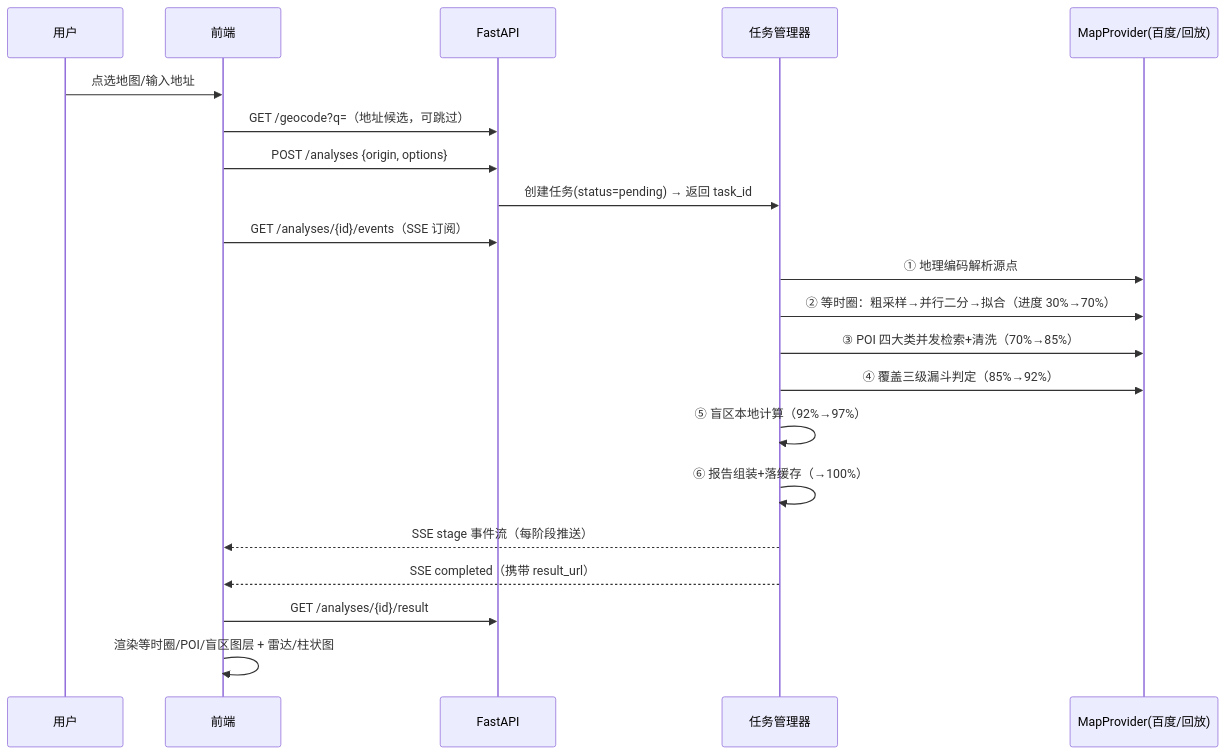
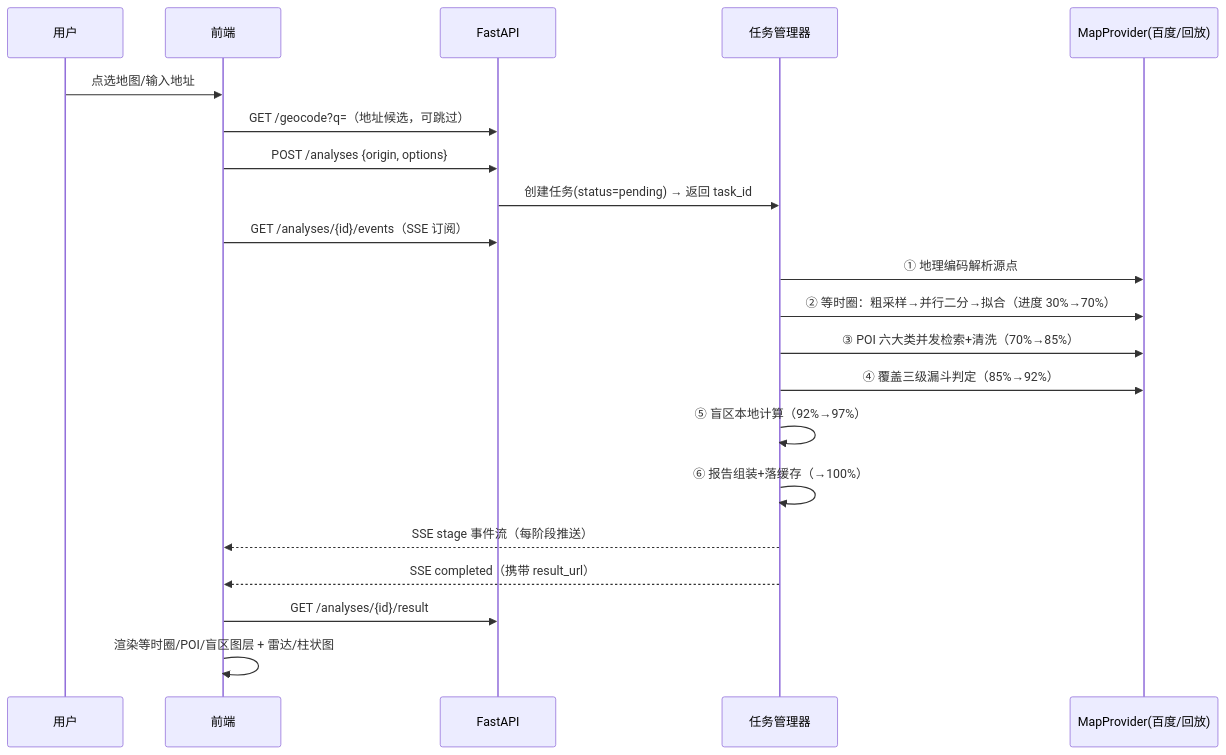
The second of 2 diagrams in docs/02-技术方案设计.md (yaodaojj2018/openmap), drawn with Mermaid before and after one commit. The commit also changed other lines of this file and 21 other files, not shown here.

````diff
--- a/docs/02-技术方案设计.md
+++ b/docs/02-技术方案设计.md
@@ -326,24 +326,24 @@
 ```mermaid
 sequenceDiagram
     participant U as 用户
     participant FE as 前端
     participant API as FastAPI
     participant TASK as 任务管理器
     participant MP as MapProvider(百度/回放)
 
     U->>FE: 点选地图/输入地址
     FE->>API: GET /geocode?q=（地址候选，可跳过）
     FE->>API: POST /analyses {origin, options}
     API->>TASK: 创建任务(status=pending) → 返回 task_id
     FE->>API: GET /analyses/{id}/events（SSE 订阅）
     TASK->>MP: ① 地理编码解析源点
     TASK->>MP: ② 等时圈：粗采样→并行二分→拟合（进度 30%→70%）
-    TASK->>MP: ③ POI 四大类并发检索+清洗（70%→85%）
+    TASK->>MP: ③ POI 六大类并发检索+清洗（70%→85%）
     TASK->>MP: ④ 覆盖三级漏斗判定（85%→92%）
     TASK->>TASK: ⑤ 盲区本地计算（92%→97%）
     TASK->>TASK: ⑥ 报告组装+落缓存（→100%）
     TASK-->>FE: SSE stage 事件流（每阶段推送）
     TASK-->>FE: SSE completed（携带 result_url）
     FE->>API: GET /analyses/{id}/result
     FE->>FE: 渲染等时圈/POI/盲区图层 + 雷达/柱状图
 ```
````
